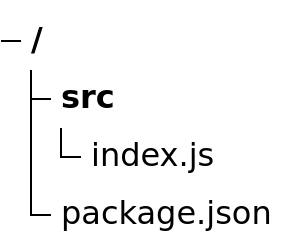
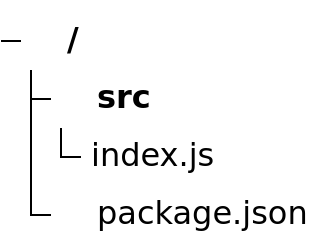
Before and after one commit to Spencerx/mermaid: the eighth of 12 diagrams in docs/syntax/treeView.md, drawn with Mermaid. The commit also changed other lines of this file and 12 other files, not shown here.

First line of the commit message:
feat(treeView): hide default icons unless showIcons is enabled

````diff
--- a/docs/syntax/treeView.md
+++ b/docs/syntax/treeView.md
@@ -193,6 +226,11 @@
 ```mermaid
+---
+config:
+  treeView:
+    showIcons: true
+---
 treeView-beta
     src/
         index.js icon(none)
     package.json
 ```
````
